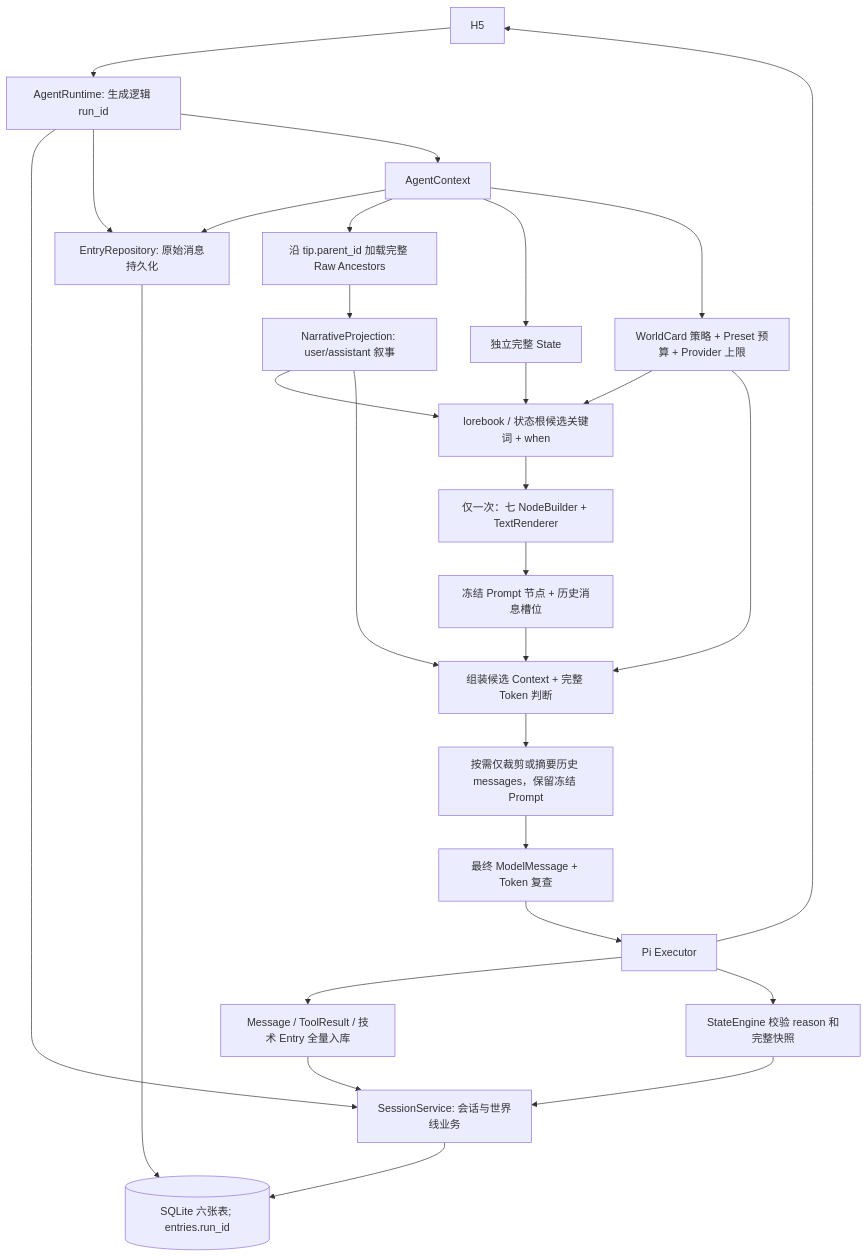
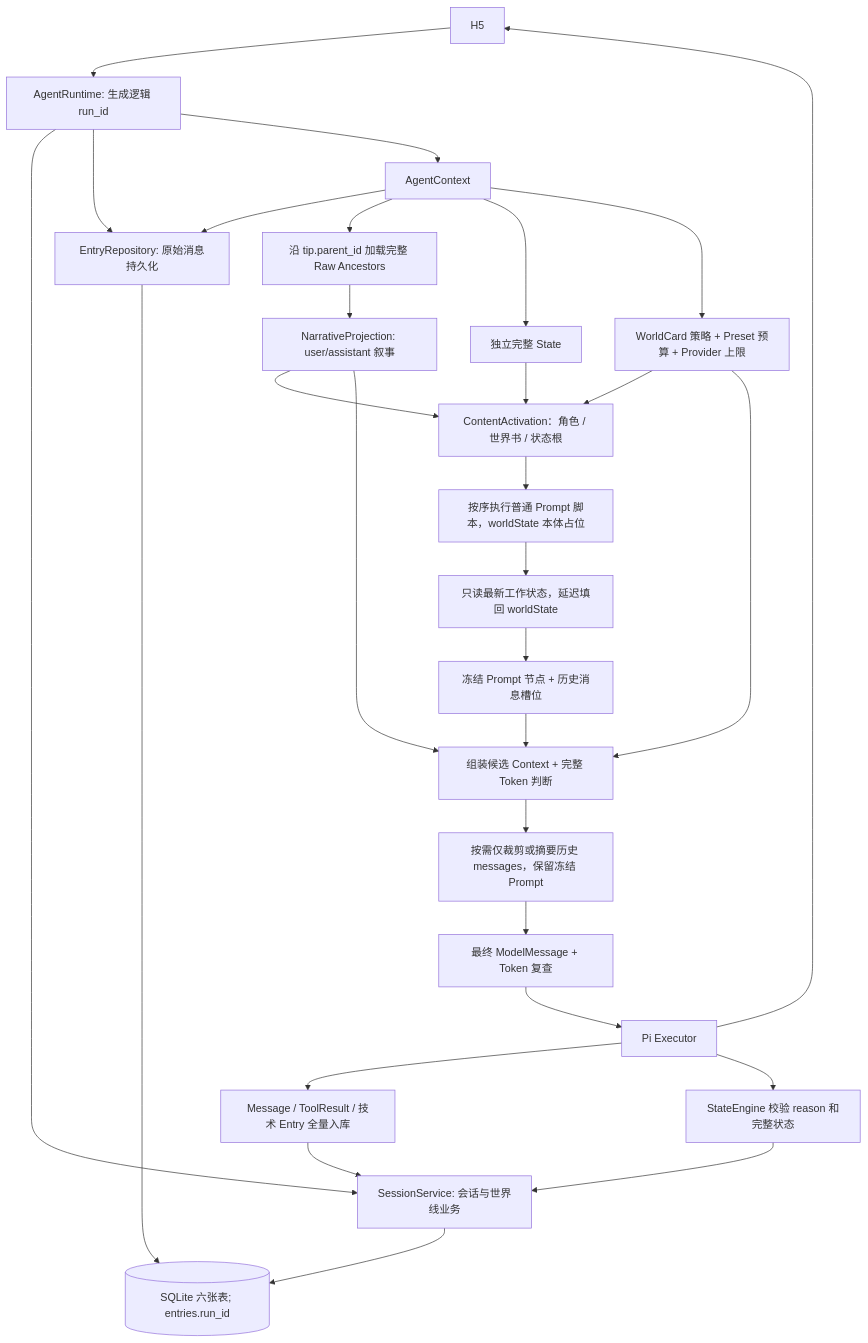
One commit to huiru-wang/SillyRealms changed the diagram in docs/technical/architecture.md. Above: the diagram before and after it, drawn with Mermaid. The commit also changed other lines of this file and 25 other files, not shown here.

```diff
--- a/docs/technical/architecture.md
+++ b/docs/technical/architecture.md
@@ -83,30 +85,31 @@
 ~~~mermaid
 flowchart TD
   UI[H5] --> Runtime[AgentRuntime: 生成逻辑 run_id]
   Runtime --> Sess[SessionService: 会话与世界线业务]
   Runtime --> Repo[EntryRepository: 原始消息持久化]
   Sess --> DB[(SQLite 六张表; entries.run_id)]
   Repo --> DB
   Runtime --> Ctx[AgentContext]
   Ctx --> Repo
   Ctx --> Raw[沿 tip.parent_id 加载完整 Raw Ancestors]
   Raw --> Projection[NarrativeProjection: user/assistant 叙事]
   Ctx --> State[独立完整 State]
   Ctx --> Config[WorldCard 策略 + Preset 预算 + Provider 上限]
-  Projection --> Match[lorebook / 状态根候选关键词 + when]
+  Projection --> Match[ContentActivation：角色 / 世界书 / 状态根]
   State --> Match
   Config --> Match
-  Match --> Nodes[仅一次：七 NodeBuilder + TextRenderer]
-  Nodes --> Frozen[冻结 Prompt 节点 + 历史消息槽位]
+  Match --> Nodes[按序执行普通 Prompt 脚本，worldState 本体占位]
+  Nodes --> LateState[只读最新工作状态，延迟填回 worldState]
+  LateState --> Frozen[冻结 Prompt 节点 + 历史消息槽位]
   Frozen --> Budget[组装候选 Context + 完整 Token 判断]
   Projection --> Budget
   Config --> Budget
   Budget --> Compress[按需仅裁剪或摘要历史 messages，保留冻结 Prompt]
   Compress --> Messages[最终 ModelMessage + Token 复查]
   Messages --> Pi[Pi Executor]
   Pi --> EntryWrites[Message / ToolResult / 技术 Entry 全量入库]
   EntryWrites --> Sess
-  Pi --> StateEngine[StateEngine 校验 reason 和完整快照]
+  Pi --> StateEngine[StateEngine 校验 reason 和完整状态]
   StateEngine --> Sess
   Pi --> UI
 ~~~
```
